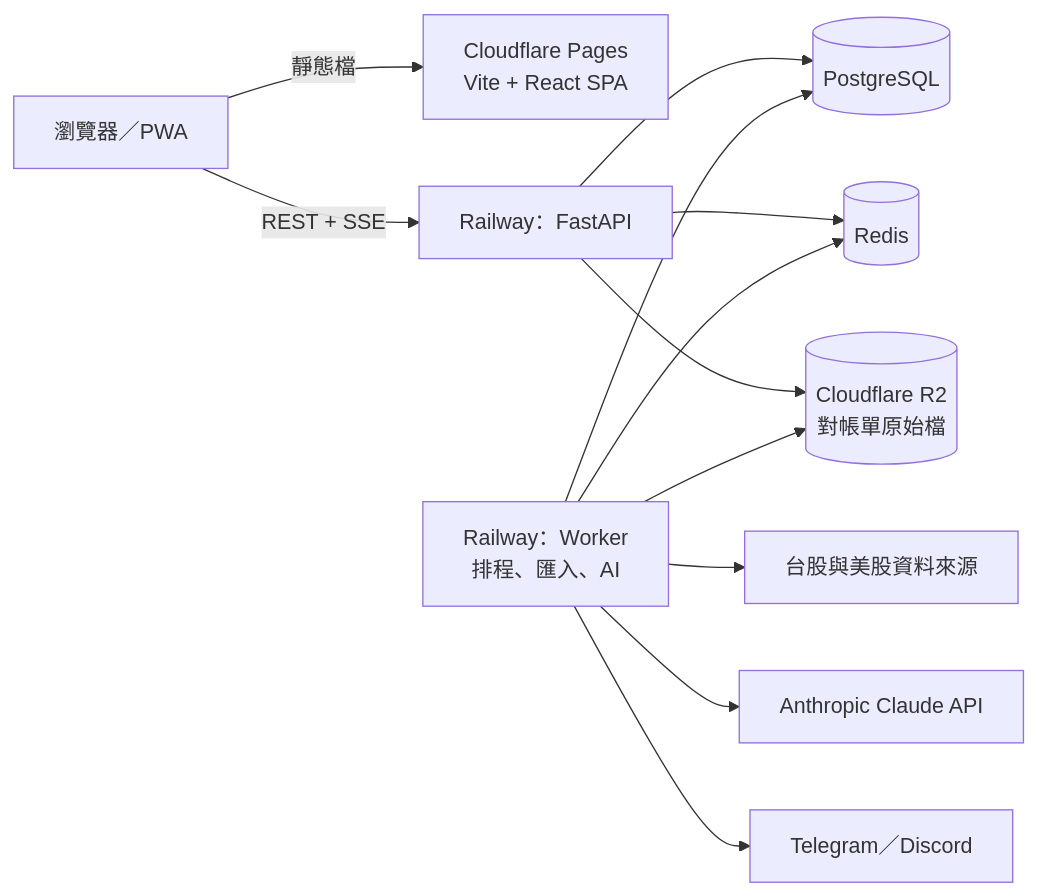
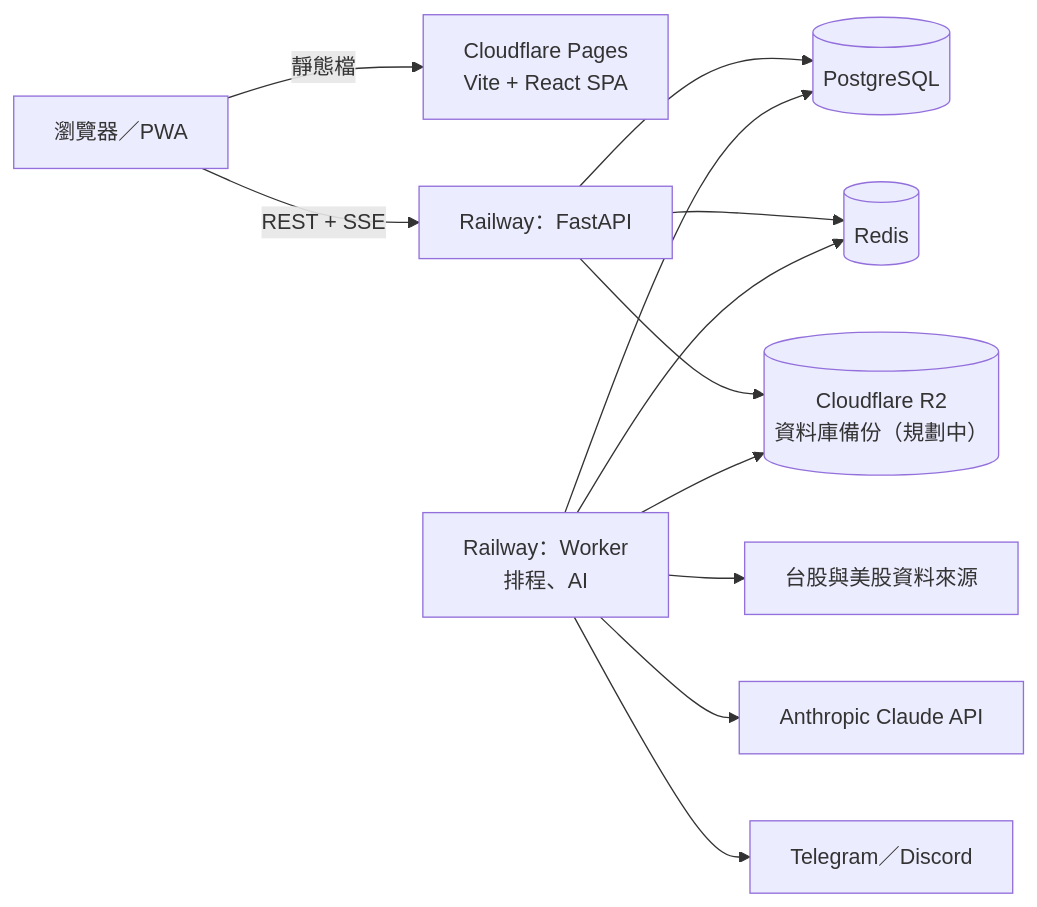
The diagram in docs/product-spec.md (KCL1104/forliosa), drawn with Mermaid before and after one commit. The commit also changed other lines of this file and 67 other files, not shown here.

````diff
--- a/docs/product-spec.md
+++ b/docs/product-spec.md
@@ -392,14 +397,14 @@
 ```mermaid
 flowchart LR
   B[瀏覽器／PWA] -->|靜態檔| CF[Cloudflare Pages<br/>Vite + React SPA]
   B -->|REST + SSE| API[Railway：FastAPI]
   API --> PG[(PostgreSQL)]
   API --> RD[(Redis)]
-  API --> R2[(Cloudflare R2<br/>對帳單原始檔)]
-  W[Railway：Worker<br/>排程、匯入、AI] --> PG
+  API --> R2[(Cloudflare R2<br/>資料庫備份（規劃中）)]
+  W[Railway：Worker<br/>排程、AI] --> PG
   W --> RD
   W --> R2
   W --> DS[台股與美股資料來源]
   W --> LLM[Anthropic Claude API]
   W --> PUSH[Telegram／Discord]
 ```
````
